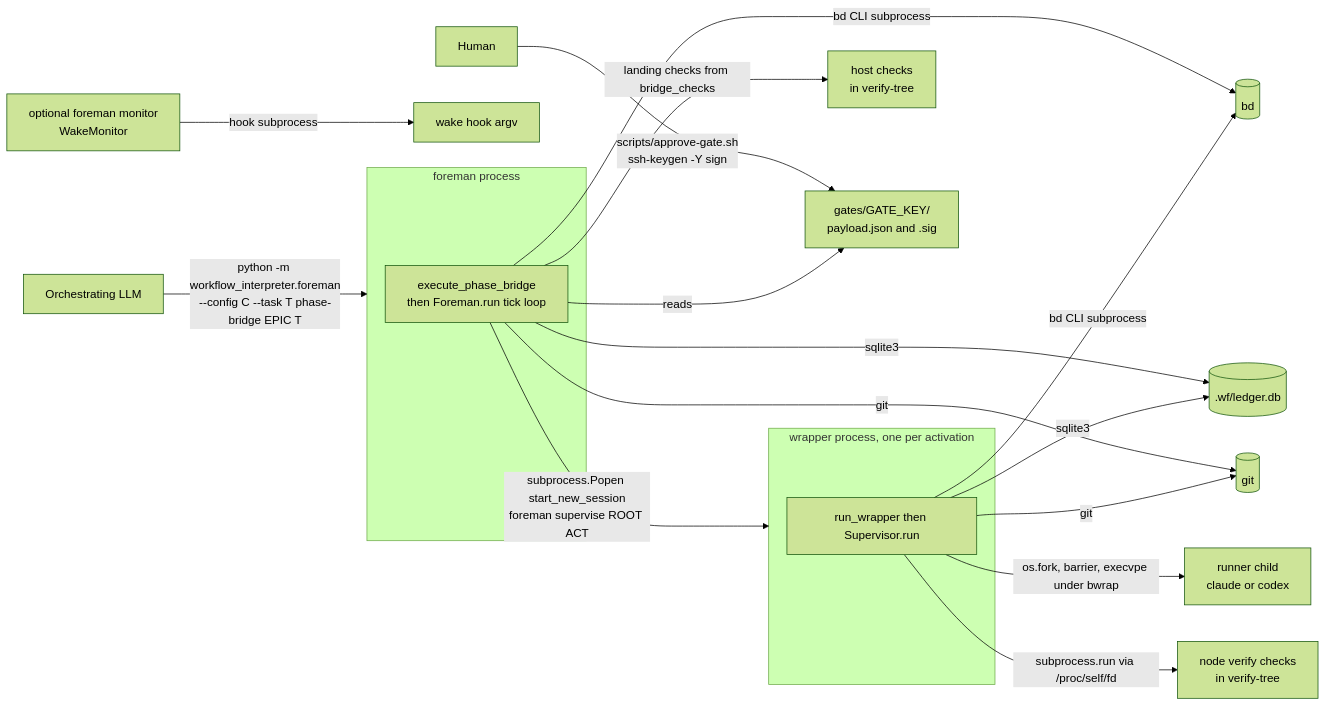
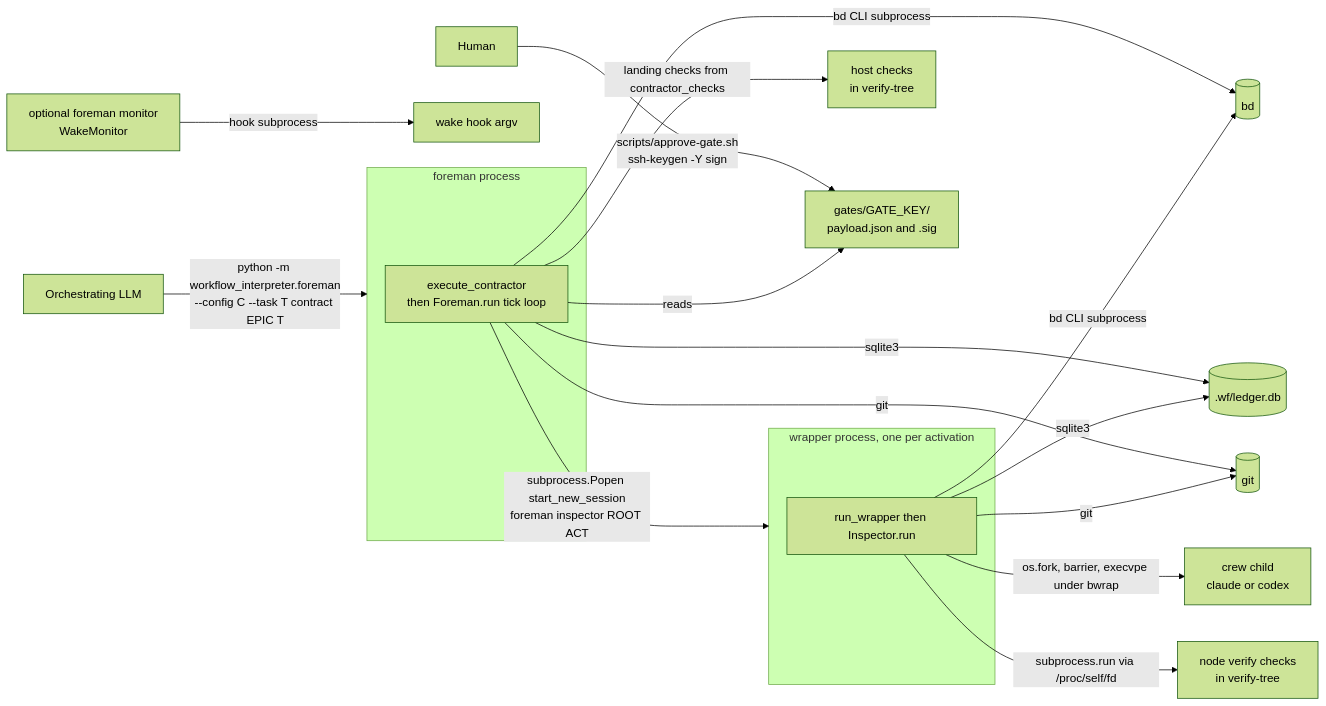
The third of 46 diagrams in docs/workflow-interpreter-guide/diagrams.md (MVPavan/coding-ritual), drawn with Mermaid (forest theme) before and after one commit. The commit also changed other lines of this file and 361 other files, not shown here.

````diff
--- a/docs/workflow-interpreter-guide/diagrams.md
+++ b/docs/workflow-interpreter-guide/diagrams.md
@@ -159,23 +159,23 @@
 ```mermaid
 flowchart LR
-  LLM["Orchestrating LLM"] -->|"python -m workflow_interpreter.foreman<br/>--config C --task T phase-bridge EPIC T"| FP
+  LLM["Orchestrating LLM"] -->|"python -m workflow_interpreter.foreman<br/>--config C --task T contract EPIC T"| FP
   subgraph FP["foreman process"]
-    RUN["execute_phase_bridge<br/>then Foreman.run tick loop"]
+    RUN["execute_contractor<br/>then Foreman.run tick loop"]
   end
-  RUN -->|"subprocess.Popen start_new_session<br/>foreman supervise ROOT ACT"| WP
+  RUN -->|"subprocess.Popen start_new_session<br/>foreman inspector ROOT ACT"| WP
   subgraph WP["wrapper process, one per activation"]
-    RW["run_wrapper then Supervisor.run"]
+    RW["run_wrapper then Inspector.run"]
   end
-  RW -->|"os.fork, barrier, execvpe under bwrap"| RC["runner child<br/>claude or codex"]
+  RW -->|"os.fork, barrier, execvpe under bwrap"| RC["crew child<br/>claude or codex"]
   RW -->|"subprocess.run via /proc/self/fd"| NC["node verify checks<br/>in verify-tree"]
-  RUN -->|"landing checks from bridge_checks"| LC["host checks<br/>in verify-tree"]
+  RUN -->|"landing checks from contractor_checks"| LC["host checks<br/>in verify-tree"]
   RUN -->|"bd CLI subprocess"| BD[("bd")]
   RW -->|"bd CLI subprocess"| BD
   RUN -->|"sqlite3"| DB[(".wf/ledger.db")]
   RW -->|"sqlite3"| DB
   RUN -->|"git"| GIT[("git")]
   RW -->|"git"| GIT
   MON["optional foreman monitor<br/>WakeMonitor"] -->|"hook subprocess"| HOOK["wake hook argv"]
   HUMAN["Human"] -->|"scripts/approve-gate.sh<br/>ssh-keygen -Y sign"| INBOX["gates/GATE_KEY/<br/>payload.json and .sig"]
   RUN -->|"reads"| INBOX
 ```
````
